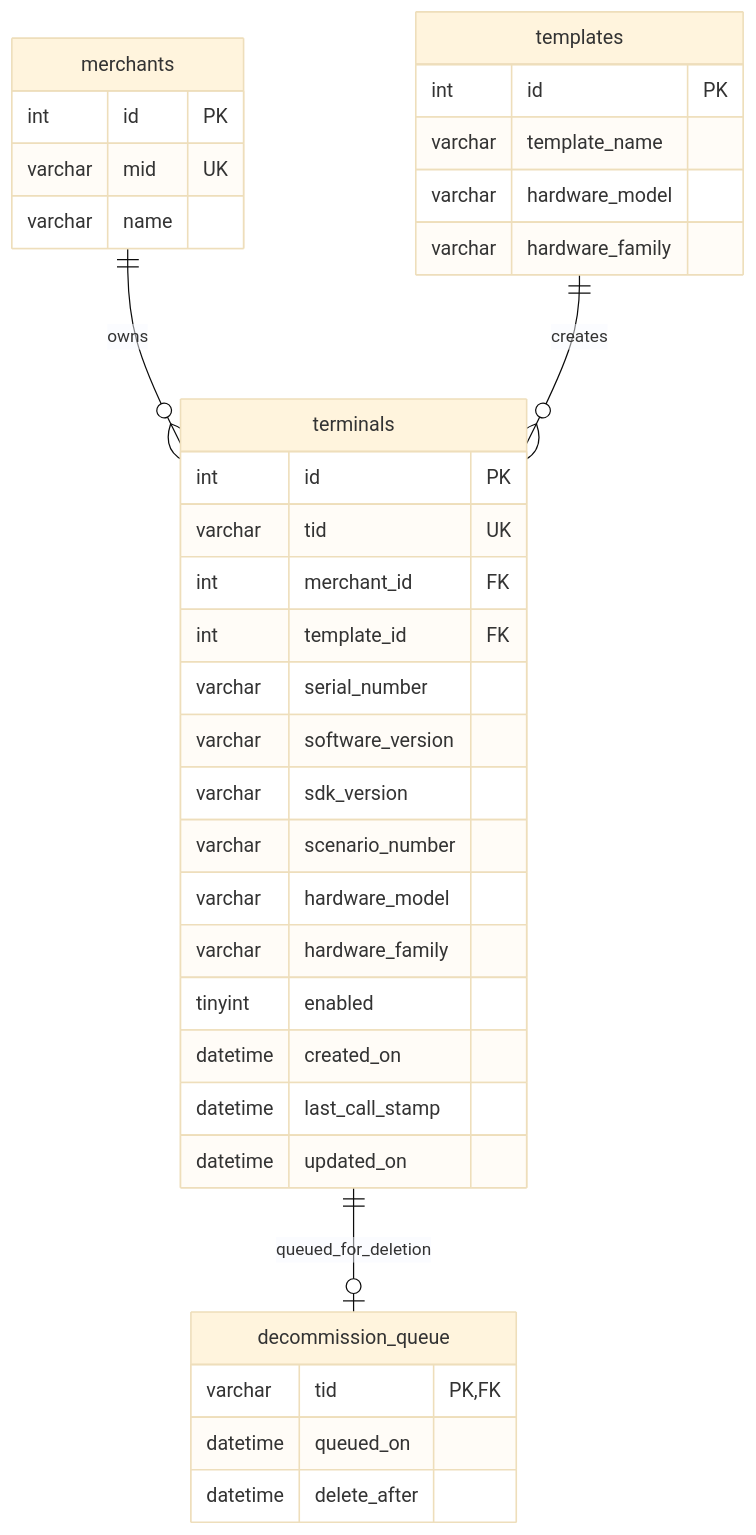
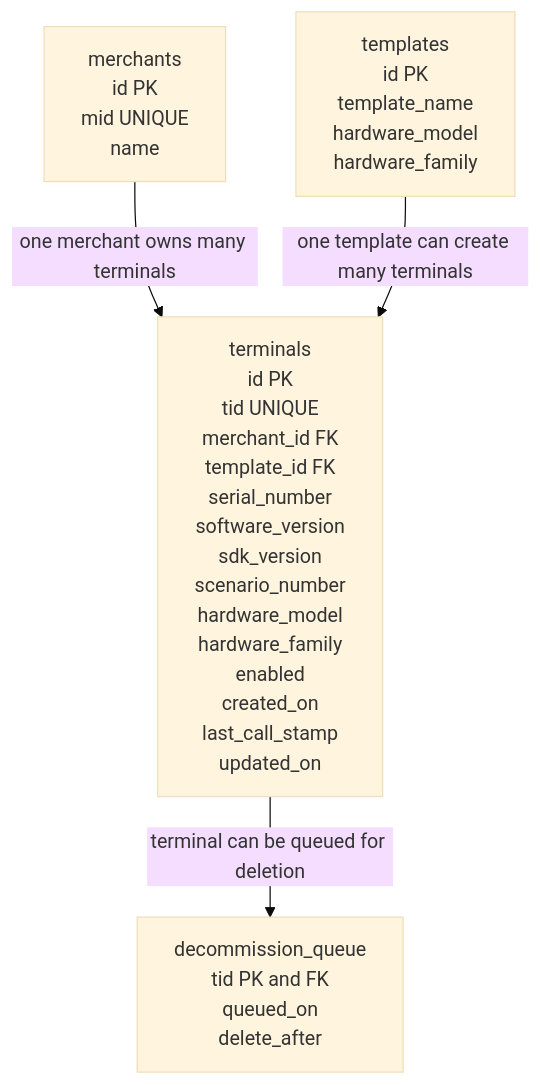
One commit to ElvisToska/Mellon_Group_Python_Assessment changed the seventh of 40 diagrams in DOCUMENTATION.md. Above: the diagram before and after it, drawn with Mermaid (base theme). The commit also changed other lines of this file and 8 other files, not shown here.

````diff
--- a/DOCUMENTATION.md
+++ b/DOCUMENTATION.md
@@ -184,42 +184,11 @@
 ```mermaid
-erDiagram
-    merchants {
-        int id PK
-        varchar mid UK
-        varchar name
-    }
+flowchart TD
+    Merchants["merchants<br/>id PK<br/>mid UNIQUE<br/>name"]
+    Templates["templates<br/>id PK<br/>template_name<br/>hardware_model<br/>hardware_family"]
+    Terminals["terminals<br/>id PK<br/>tid UNIQUE<br/>merchant_id FK<br/>template_id FK<br/>serial_number<br/>software_version<br/>sdk_version<br/>scenario_number<br/>hardware_model<br/>hardware_family<br/>enabled<br/>created_on<br/>last_call_stamp<br/>updated_on"]
+    Queue["decommission_queue<br/>tid PK and FK<br/>queued_on<br/>delete_after"]
 
-    templates {
-        int id PK
-        varchar template_name
-        varchar hardware_model
-        varchar hardware_family
-    }
-
-    terminals {
-        int id PK
-        varchar tid UK
-        int merchant_id FK
-        int template_id FK
-        varchar serial_number
-        varchar software_version
-        varchar sdk_version
-        varchar scenario_number
-        varchar hardware_model
-        varchar hardware_family
-        tinyint enabled
-        datetime created_on
-        datetime last_call_stamp
-        datetime updated_on
-    }
-
-    decommission_queue {
-        varchar tid PK, FK
-        datetime queued_on
-        datetime delete_after
-    }
-
-    merchants ||--o{ terminals : owns
-    templates ||--o{ terminals : creates
-    terminals ||--o| decommission_queue : queued_for_deletion
+    Merchants -->|"one merchant owns many terminals"| Terminals
+    Templates -->|"one template can create many terminals"| Terminals
+    Terminals -->|"terminal can be queued for deletion"| Queue
 ```
````
